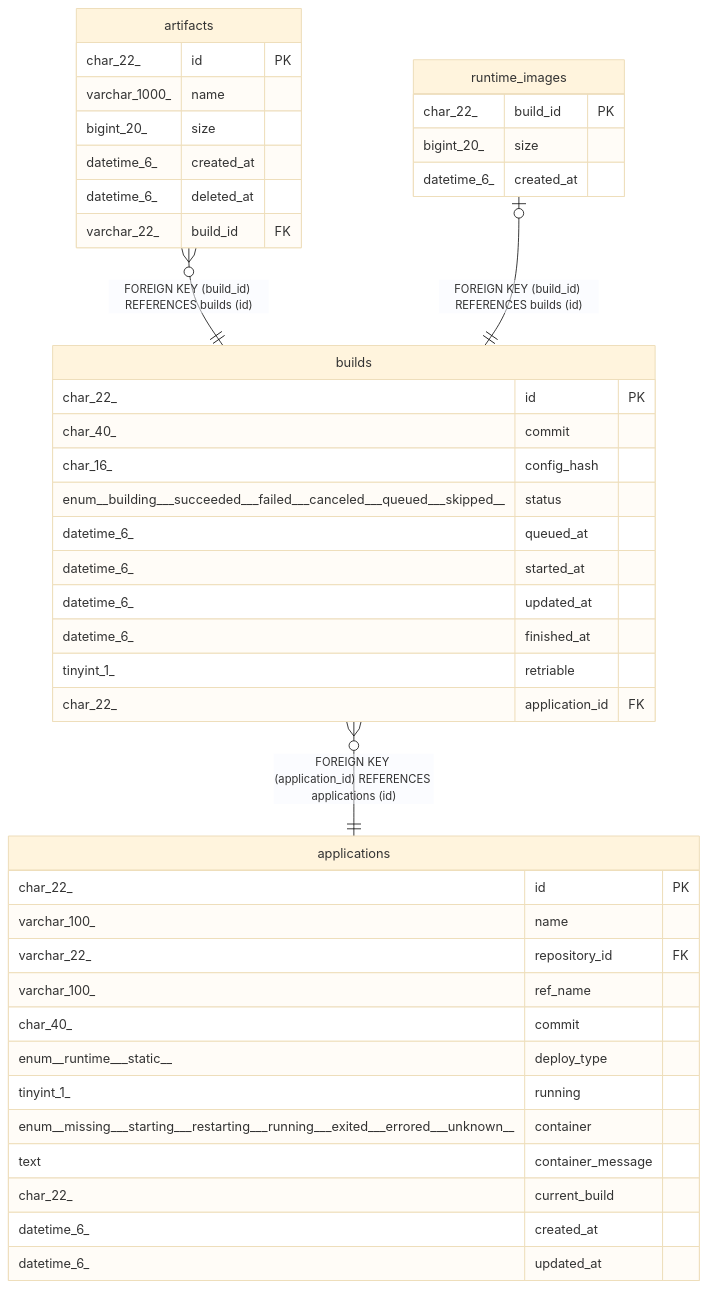
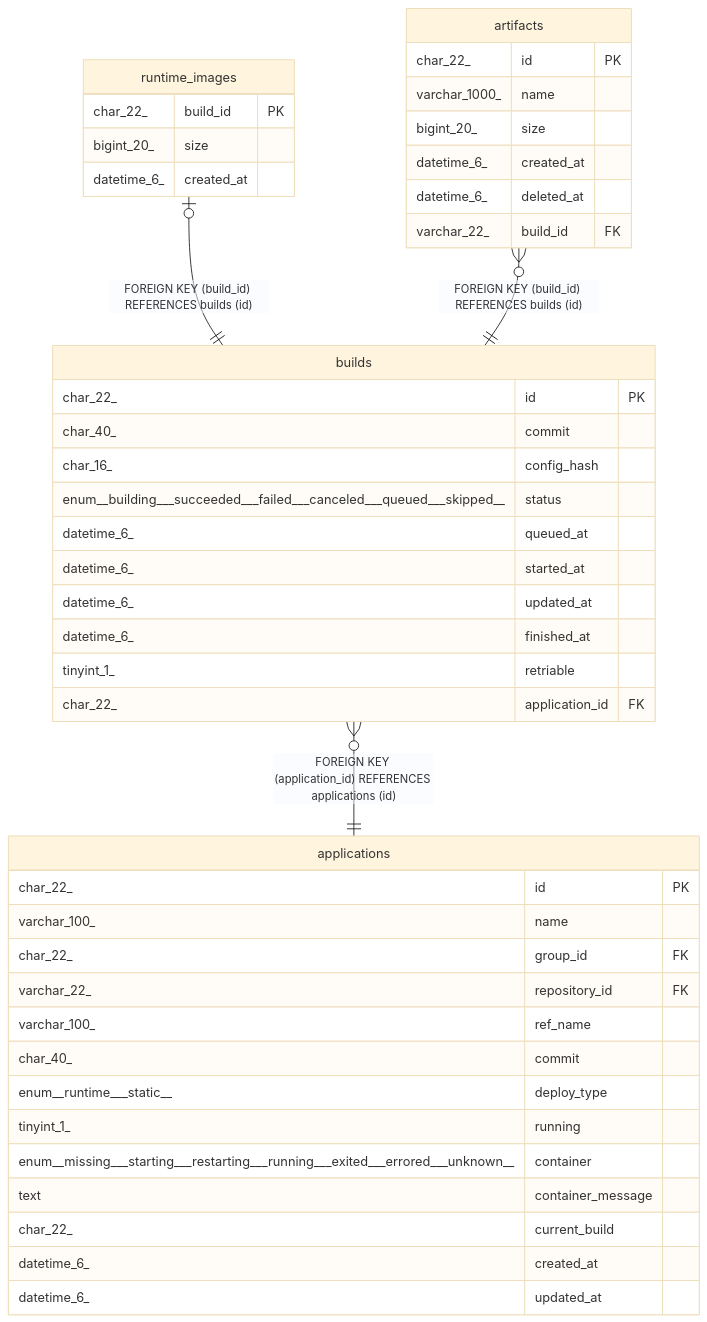
The diagram in docs/dbschema/builds.md (traPtitech/NeoShowcase), drawn with Mermaid (base theme) before and after one commit. The commit also changed other lines of this file and 11 other files, not shown here.

Commit message:
docs(dbschema): regenerate for application groups

````diff
--- a/docs/dbschema/builds.md
+++ b/docs/dbschema/builds.md
@@ -63,47 +63,48 @@
 ```mermaid
 erDiagram
 
+"runtime_images" |o--|| "builds" : "FOREIGN KEY (build_id) REFERENCES builds (id)"
 "artifacts" }o--|| "builds" : "FOREIGN KEY (build_id) REFERENCES builds (id)"
-"runtime_images" |o--|| "builds" : "FOREIGN KEY (build_id) REFERENCES builds (id)"
 "builds" }o--|| "applications" : "FOREIGN KEY (application_id) REFERENCES applications (id)"
 
 "builds" {
   char_22_ id PK
   char_40_ commit
   char_16_ config_hash
   enum__building___succeeded___failed___canceled___queued___skipped__ status
   datetime_6_ queued_at
   datetime_6_ started_at
   datetime_6_ updated_at
   datetime_6_ finished_at
   tinyint_1_ retriable
   char_22_ application_id FK
 }
+"runtime_images" {
+  char_22_ build_id PK
+  bigint_20_ size
+  datetime_6_ created_at
+}
 "artifacts" {
   char_22_ id PK
   varchar_1000_ name
   bigint_20_ size
   datetime_6_ created_at
   datetime_6_ deleted_at
   varchar_22_ build_id FK
 }
-"runtime_images" {
-  char_22_ build_id PK
-  bigint_20_ size
-  datetime_6_ created_at
-}
 "applications" {
   char_22_ id PK
   varchar_100_ name
+  char_22_ group_id FK
   varchar_22_ repository_id FK
   varchar_100_ ref_name
   char_40_ commit
   enum__runtime___static__ deploy_type
   tinyint_1_ running
   enum__missing___starting___restarting___running___exited___errored___unknown__ container
   text container_message
   char_22_ current_build
   datetime_6_ created_at
   datetime_6_ updated_at
 }
 ```
````
